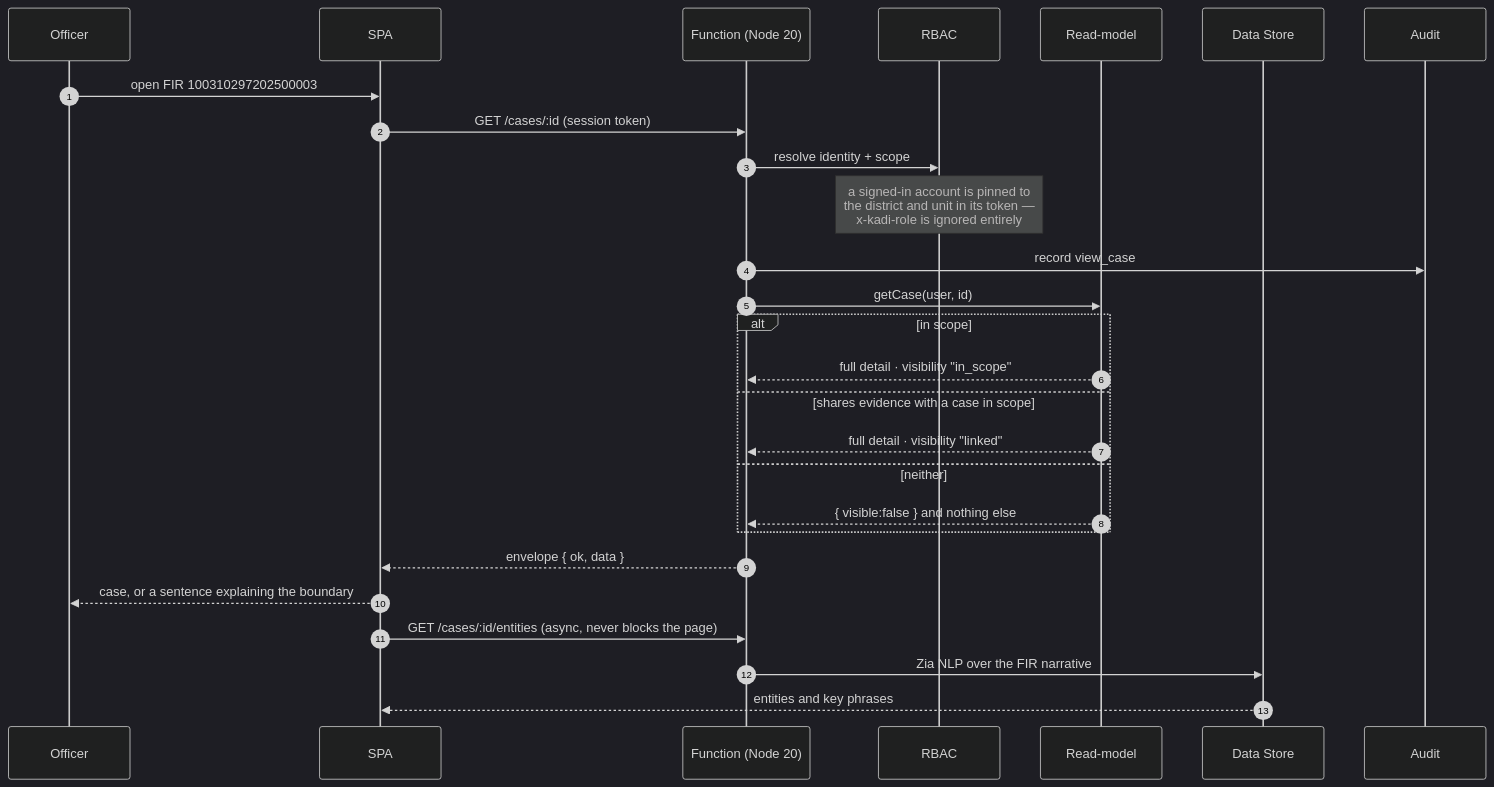
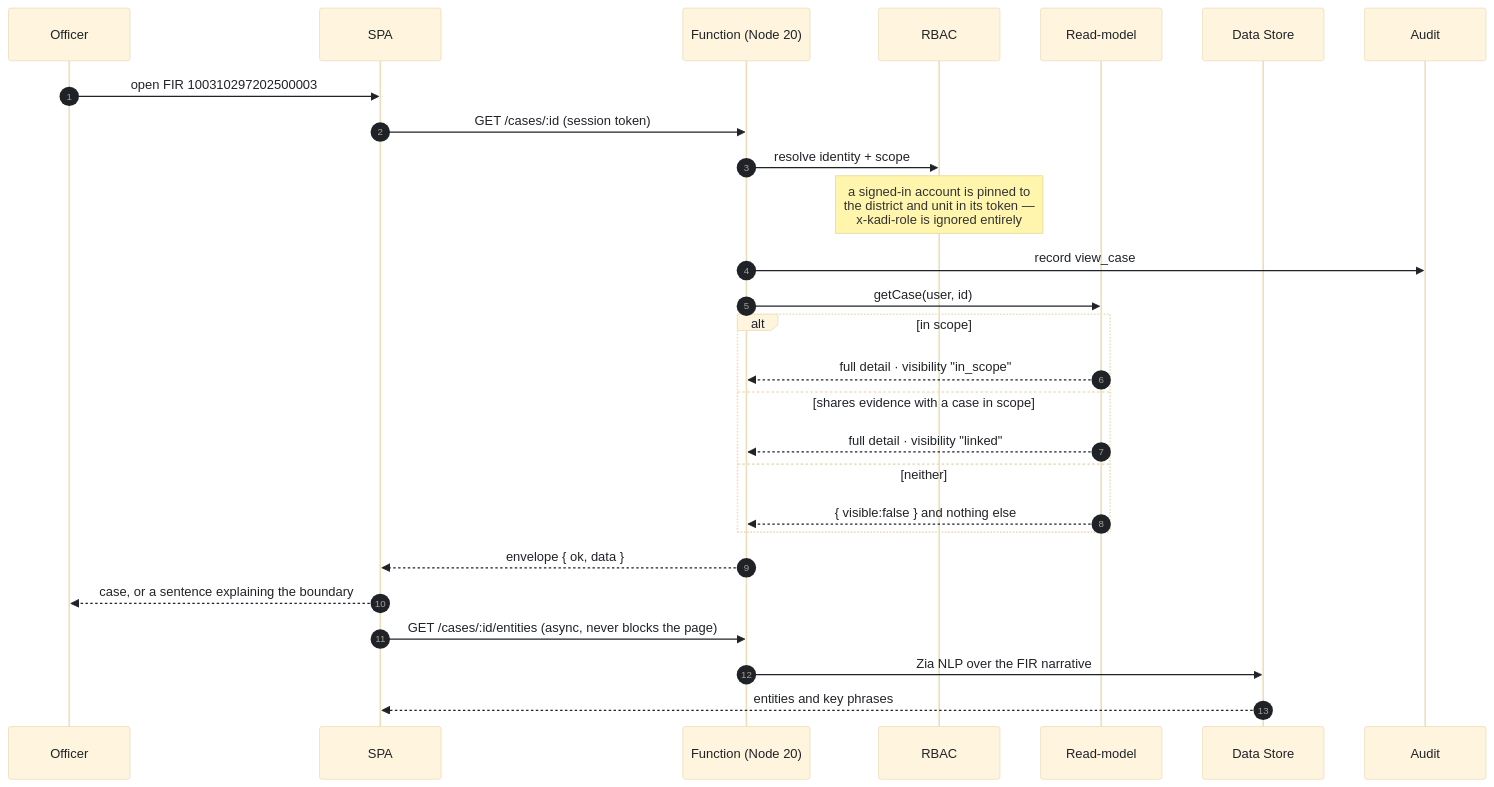
Before and after one commit to adarshcod30/Kadi: the third of 6 diagrams in README.md, drawn with Mermaid. The commit also changed other lines of this file and 1 other file, not shown here.

First line of the commit message:
Make the diagrams read on a light page as well as a dark one

````diff
--- a/README.md
+++ b/README.md
@@ -369,31 +369,31 @@
 ```mermaid
-%%{init: {'theme':'dark','themeVariables':{'fontSize':'15px','lineColor':'#6e7681','primaryTextColor':'#e6edf3'}}}%%
+%%{init: {'theme':'base','themeVariables':{'fontSize':'15px','lineColor':'#57606a','primaryTextColor':'#1f2328','edgeLabelBackground':'#ffffff'}}}%%
 sequenceDiagram
     autonumber
     participant O as Officer
     participant S as SPA
     participant F as Function (Node 20)
     participant R as RBAC
     participant Q as Read-model
     participant D as Data Store
     participant A as Audit
 
     O->>S: open FIR 100310297202500003
     S->>F: GET /cases/:id  (session token)
     F->>R: resolve identity + scope
     Note over R: a signed-in account is pinned to<br/>the district and unit in its token —<br/>x-kadi-role is ignored entirely
     F->>A: record view_case
     F->>Q: getCase(user, id)
     alt in scope
         Q-->>F: full detail · visibility "in_scope"
     else shares evidence with a case in scope
         Q-->>F: full detail · visibility "linked"
     else neither
         Q-->>F: { visible:false } and nothing else
     end
     F-->>S: envelope { ok, data }
     S-->>O: case, or a sentence explaining the boundary
     S->>F: GET /cases/:id/entities  (async, never blocks the page)
     F->>D: Zia NLP over the FIR narrative
     D-->>S: entities and key phrases
 ```
````
